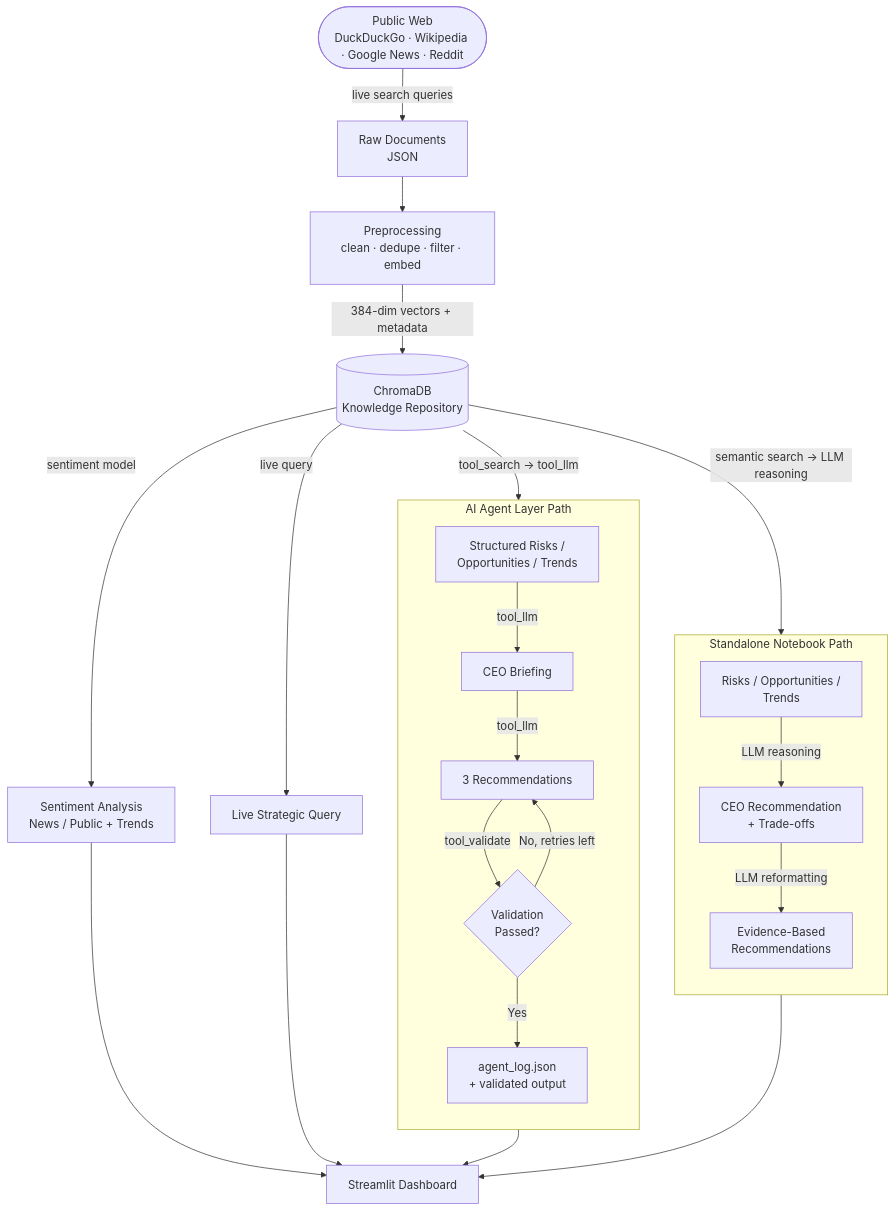
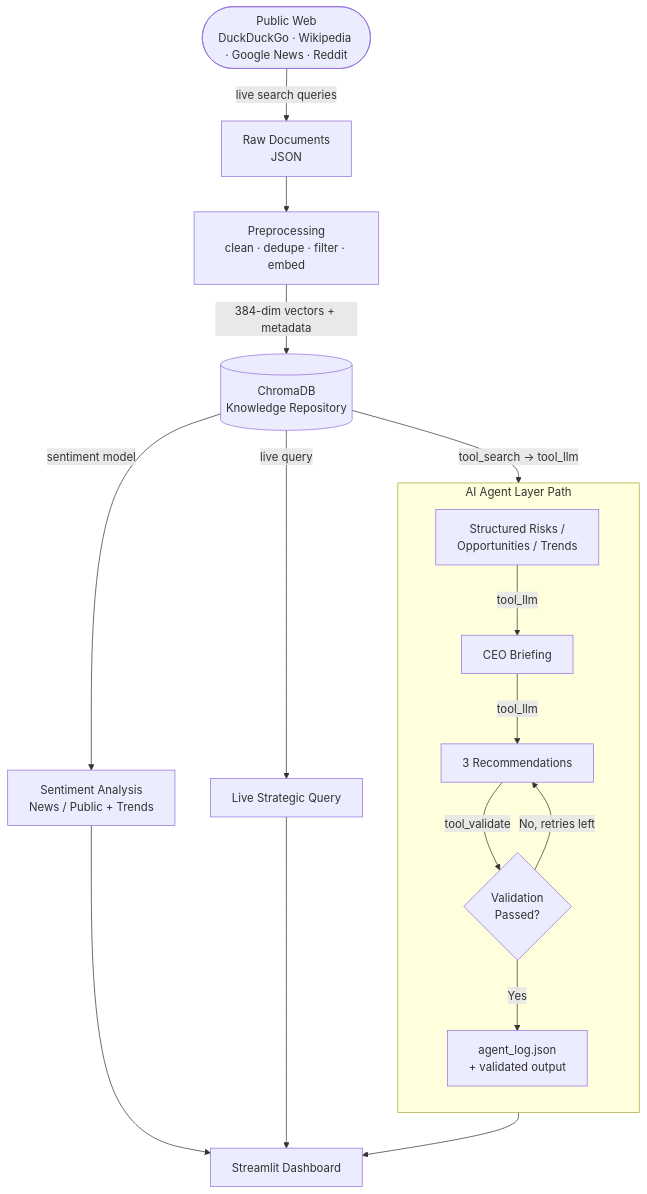
Before and after one commit to namrata1104/NLP-project: the second of 2 diagrams in README.md, drawn with Mermaid. The commit also changed other lines of this file and 1 other file, not shown here.

````diff
--- a/README.md
+++ b/README.md
@@ -93,48 +85,37 @@
 ```mermaid
 flowchart TB
     Web([Public Web<br/>DuckDuckGo · Wikipedia · Google News · Reddit])
     Raw[Raw Documents<br/>JSON]
     Prep[Preprocessing<br/>clean · dedupe · filter · embed]
     Chroma[(ChromaDB<br/>Knowledge Repository)]
 
     Web -->|live search queries| Raw
     Raw --> Prep
     Prep -->|384-dim vectors + metadata| Chroma
-
-    subgraph Standalone["Standalone Notebook Path"]
-        direction TB
-        S1[Risks / Opportunities /<br/>Trends]
-        S2[CEO Recommendation<br/>+ Trade-offs]
-        S3[Evidence-Based<br/>Recommendations]
-        S1 -->|LLM reasoning| S2
-        S2 -->|LLM reformatting| S3
-    end
 
     subgraph Agent["AI Agent Layer Path"]
         direction TB
         AG1[Structured Risks /<br/>Opportunities / Trends]
         AG2[CEO Briefing]
         AG3[3 Recommendations]
         AGV{Validation<br/>Passed?}
         AG4[agent_log.json<br/>+ validated output]
         AG1 -->|tool_llm| AG2
         AG2 -->|tool_llm| AG3
         AG3 -->|tool_validate| AGV
         AGV -->|No, retries left| AG3
         AGV -->|Yes| AG4
     end
 
     Sent[Sentiment Analysis<br/>News / Public + Trends]
     Live[Live Strategic Query]
     Dashboard[Streamlit Dashboard]
 
-    Chroma -->|semantic search → LLM reasoning| S1
     Chroma -->|tool_search → tool_llm| AG1
     Chroma -->|sentiment model| Sent
     Chroma -->|live query| Live
 
-    S3 --> Dashboard
     AG4 --> Dashboard
     Sent --> Dashboard
     Live --> Dashboard
 ```
````
